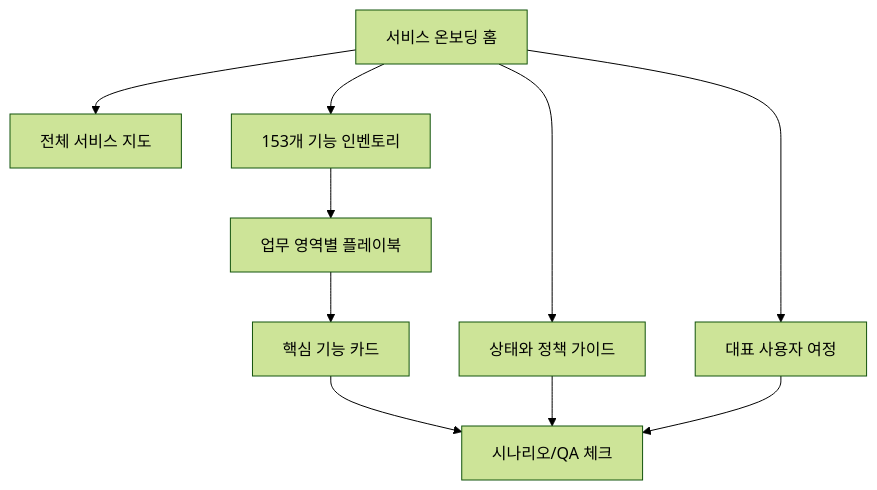
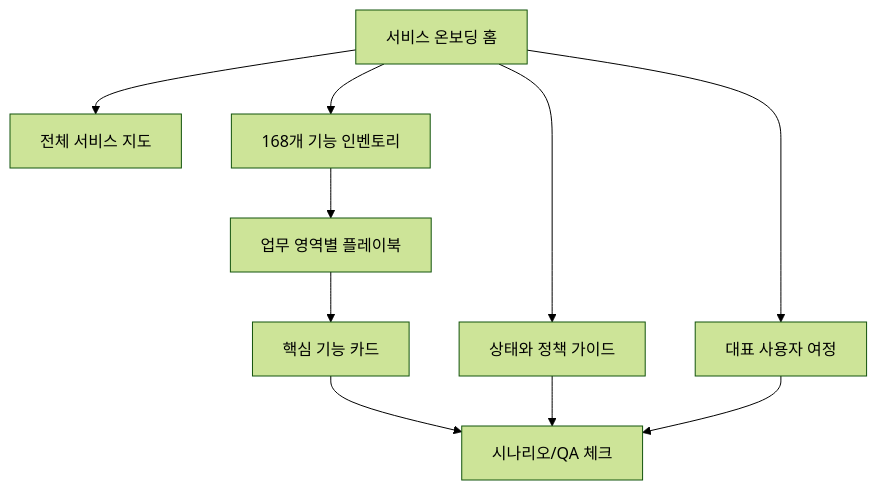
One commit to endside82/business_logic changed the second of 2 diagrams in prd/00_prd_items/11_qa_acceptance_criteria.md. Above: the diagram before and after it, drawn with Mermaid (forest theme). The commit also changed other lines of this file and 149 other files, not shown here.

````diff
--- a/prd/00_prd_items/11_qa_acceptance_criteria.md
+++ b/prd/00_prd_items/11_qa_acceptance_criteria.md
@@ -163,12 +163,12 @@
 ```mermaid
 flowchart TD
     A["서비스 온보딩 홈"] --> B["전체 서비스 지도"]
-    A --> C["153개 기능 인벤토리"]
+    A --> C["168개 기능 인벤토리"]
     A --> D["대표 사용자 여정"]
     A --> E["상태와 정책 가이드"]
     C --> F["업무 영역별 플레이북"]
     F --> G["핵심 기능 카드"]
     G --> H["시나리오/QA 체크"]
     E --> H
     D --> H
 ```
````
